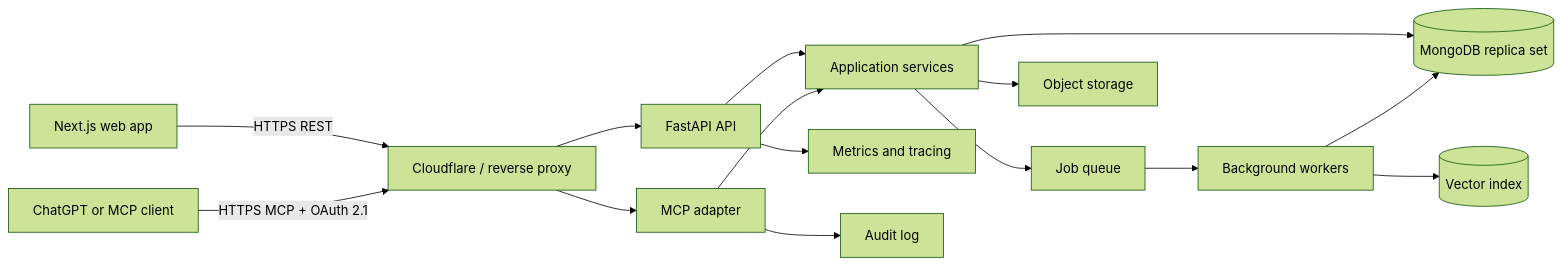
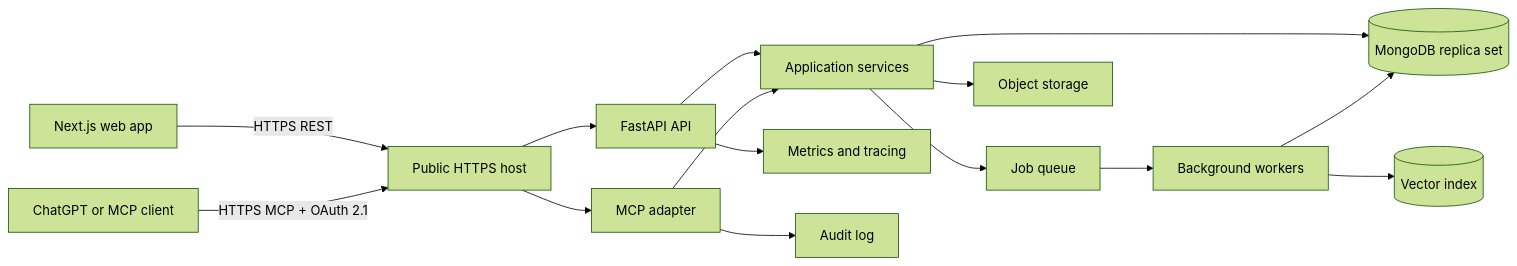
One commit to vanshgurnani/Text-Util changed the diagram in docs/ARCHITECTURE-ROADMAP.md. Above: the diagram before and after it, drawn with Mermaid (forest theme). The commit also changed other lines of this file and 5 other files, not shown here.

```diff
--- a/docs/ARCHITECTURE-ROADMAP.md
+++ b/docs/ARCHITECTURE-ROADMAP.md
@@ -40,17 +39,17 @@
 ~~~mermaid
 flowchart LR
-    Browser[Next.js web app] -->|HTTPS REST| Edge[Cloudflare / reverse proxy]
+    Browser[Next.js web app] -->|HTTPS REST| Edge[Public HTTPS host]
     ChatGPT[ChatGPT or MCP client] -->|HTTPS MCP + OAuth 2.1| Edge
     Edge --> API[FastAPI API]
     Edge --> MCP[MCP adapter]
     API --> Domain[Application services]
     MCP --> Domain
     Domain --> Mongo[(MongoDB replica set)]
     Domain --> Queue[Job queue]
     Queue --> Worker[Background workers]
     Worker --> Mongo
     Worker --> Vector[(Vector index)]
     API --> Metrics[Metrics and tracing]
     MCP --> Audit[Audit log]
     Domain --> ObjectStore[Object storage]
 ~~~
```
